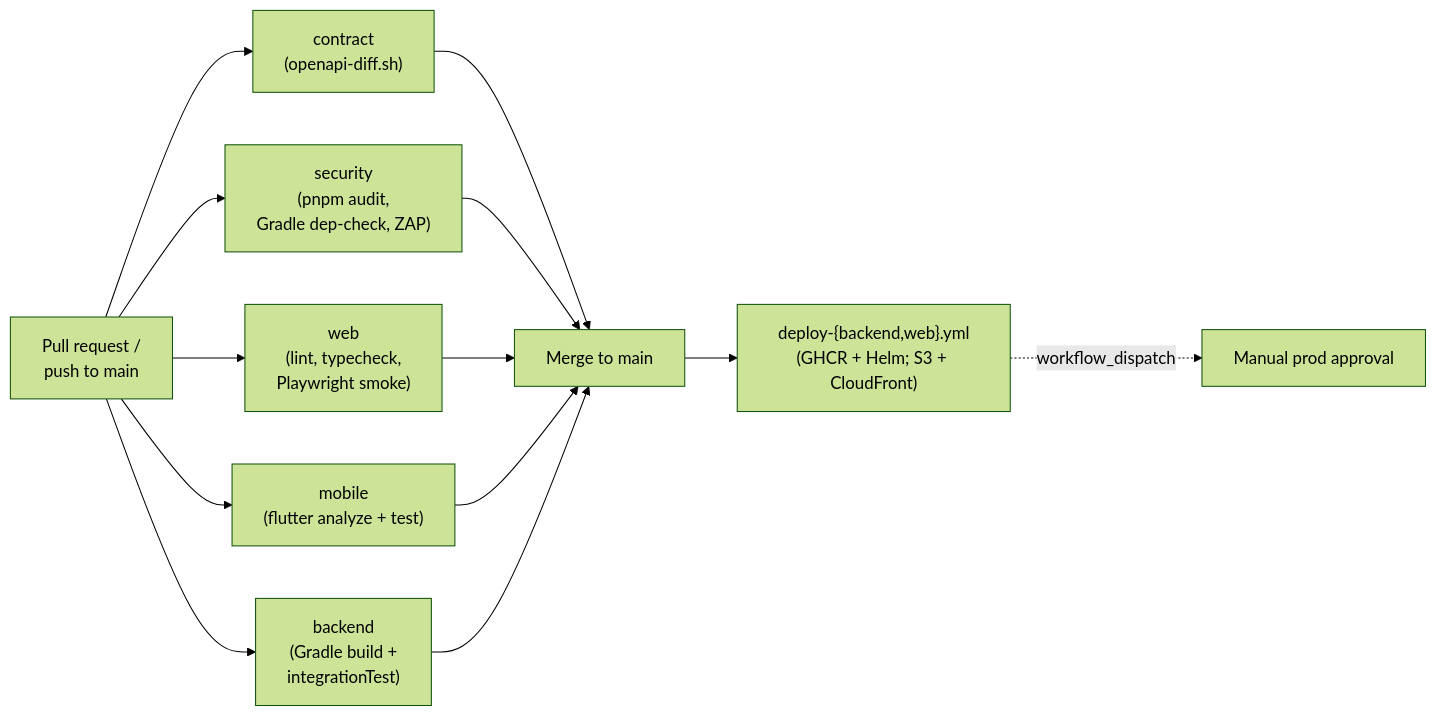
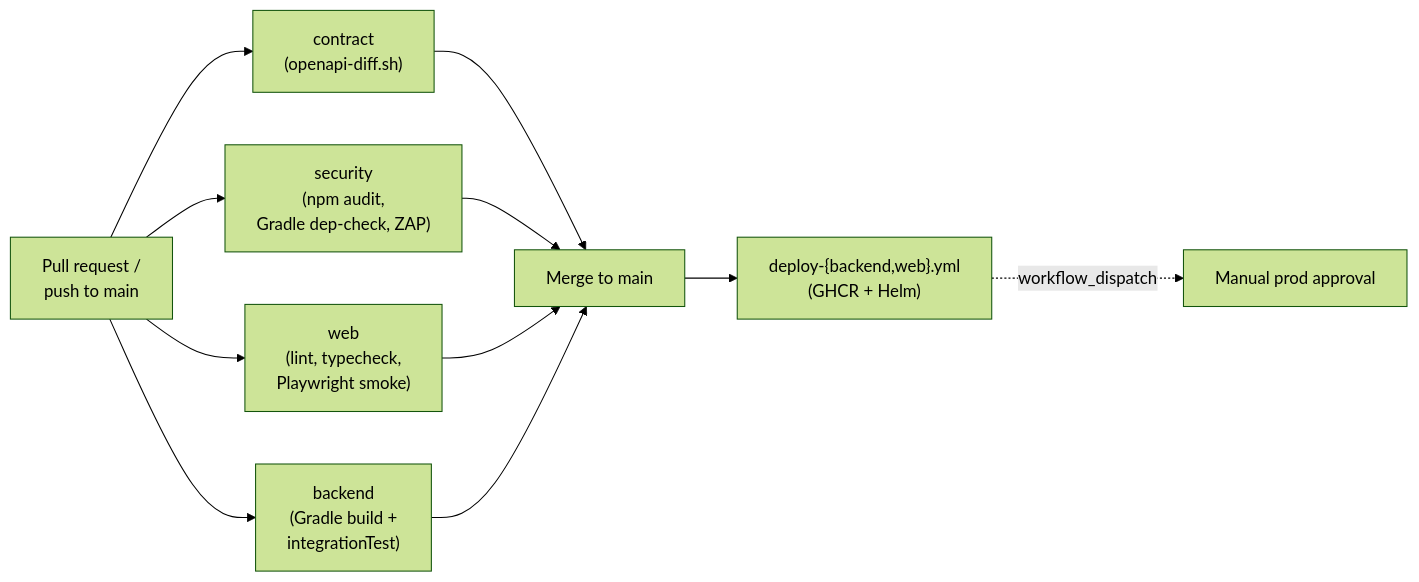
One commit to Anirach/sns-conference-tool changed the sixth of 7 diagrams in README.md. Above: the diagram before and after it, drawn with Mermaid (forest theme). The commit also changed other lines of this file and 62 other files, not shown here.

````diff
--- a/README.md
+++ b/README.md
@@ -673,21 +651,19 @@
 ```mermaid
 flowchart LR
     PR["Pull request /<br/>push to main"]
     Contract["contract<br/>(openapi-diff.sh)"]
-    Security["security<br/>(pnpm audit,<br/>Gradle dep-check, ZAP)"]
+    Security["security<br/>(npm audit,<br/>Gradle dep-check, ZAP)"]
     Web["web<br/>(lint, typecheck,<br/>Playwright smoke)"]
-    Mobile["mobile<br/>(flutter analyze + test)"]
     Backend["backend<br/>(Gradle build +<br/>integrationTest)"]
     Merge["Merge to main"]
-    Deploy["deploy-{backend,web}.yml<br/>(GHCR + Helm; S3 + CloudFront)"]
+    Deploy["deploy-{backend,web}.yml<br/>(GHCR + Helm)"]
 
     PR --> Contract
     PR --> Security
     PR --> Web
-    PR --> Mobile
     PR --> Backend
 
-    Contract & Security & Web & Mobile & Backend --> Merge
+    Contract & Security & Web & Backend --> Merge
     Merge --> Deploy
     Deploy -.->|workflow_dispatch| ProdRollout["Manual prod approval"]
 ```
````
